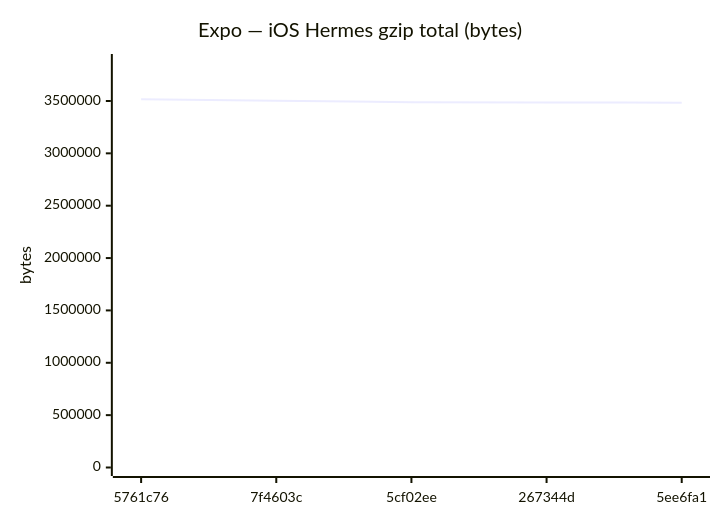
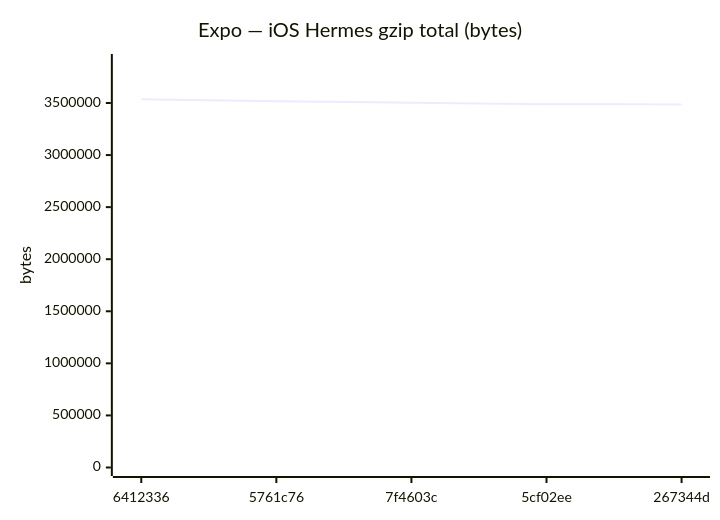
Before and after one commit to Metaheurist/Rianell: diagram 12 of 18 in benchmarks/compare.md, drawn with Mermaid. The commit also changed other lines of this file and 11 other files, not shown here.

````diff
--- a/benchmarks/compare.md
+++ b/benchmarks/compare.md
@@ -179,7 +179,7 @@
 ```mermaid
 xychart-beta
     title "Expo — iOS Hermes gzip total (bytes)"
-    x-axis ["5761c76", "7f4603c", "5cf02ee", "267344d", "5ee6fa1"]
-    y-axis "bytes" 0 --> 3867448
-    line [3515861, 3502937, 3488256, 3486228, 3483393]
+    x-axis ["6412336", "5761c76", "7f4603c", "5cf02ee", "267344d"]
+    y-axis "bytes" 0 --> 3888801
+    line [3535273, 3515861, 3502937, 3488256, 3486228]
 ```
````
